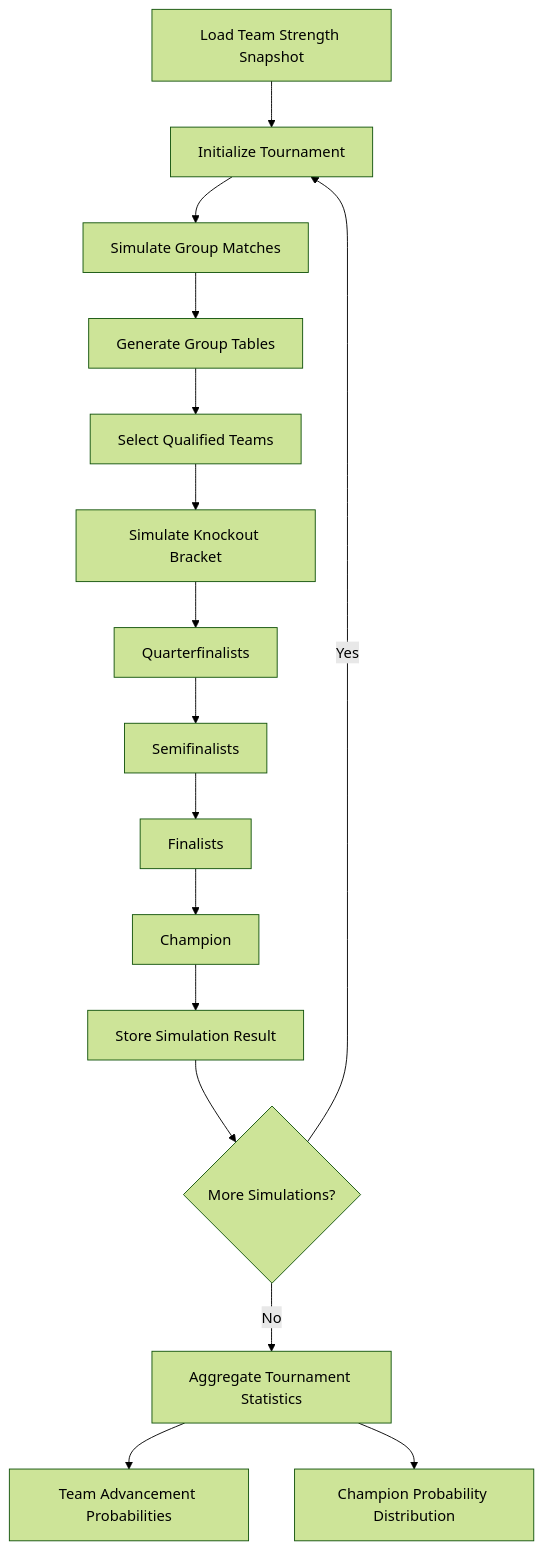
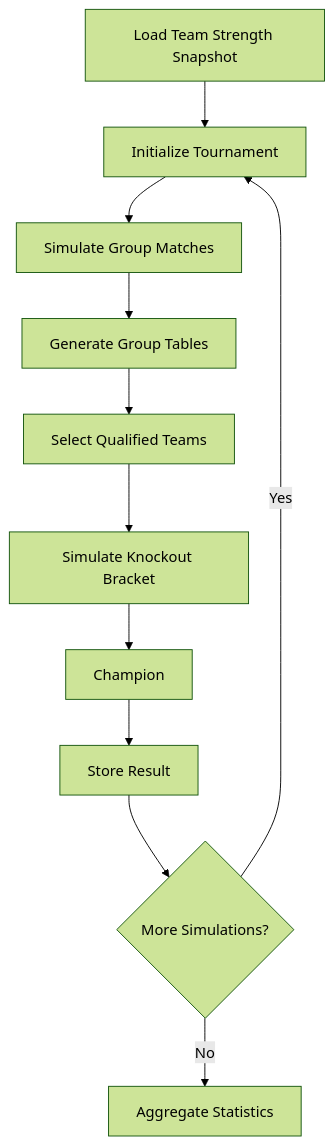
Before and after one commit to manuelpeba/world-cup-2026-forecast: the second of 3 diagrams in README.md, drawn with Mermaid (forest theme). The commit also changed other lines of this file, not shown here.

````diff
--- a/README.md
+++ b/README.md
@@ -190,18 +203,13 @@
-```mermaid
+``` mermaid
 flowchart TD
 A[Load Team Strength Snapshot] --> B[Initialize Tournament]
 B --> C[Simulate Group Matches]
 C --> D[Generate Group Tables]
 D --> E[Select Qualified Teams]
 E --> F[Simulate Knockout Bracket]
-F --> G[Quarterfinalists]
-G --> H[Semifinalists]
-H --> I[Finalists]
-I --> J[Champion]
-J --> K[Store Simulation Result]
-K --> L{More Simulations?}
-L -->|Yes| B
-L -->|No| M[Aggregate Tournament Statistics]
-M --> N[Team Advancement Probabilities]
-M --> O[Champion Probability Distribution]
+F --> G[Champion]
+G --> H[Store Result]
+H --> I{More Simulations?}
+I -->|Yes| B
+I -->|No| J[Aggregate Statistics]
 ```
````
